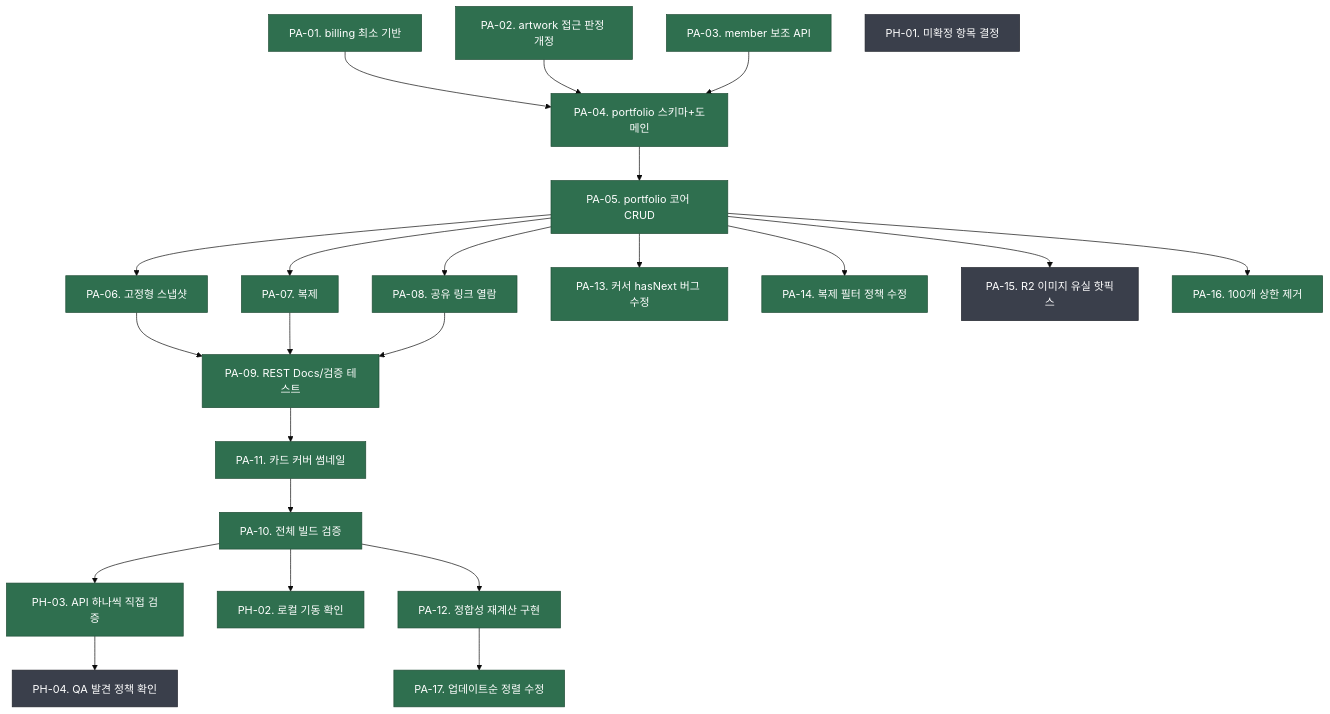
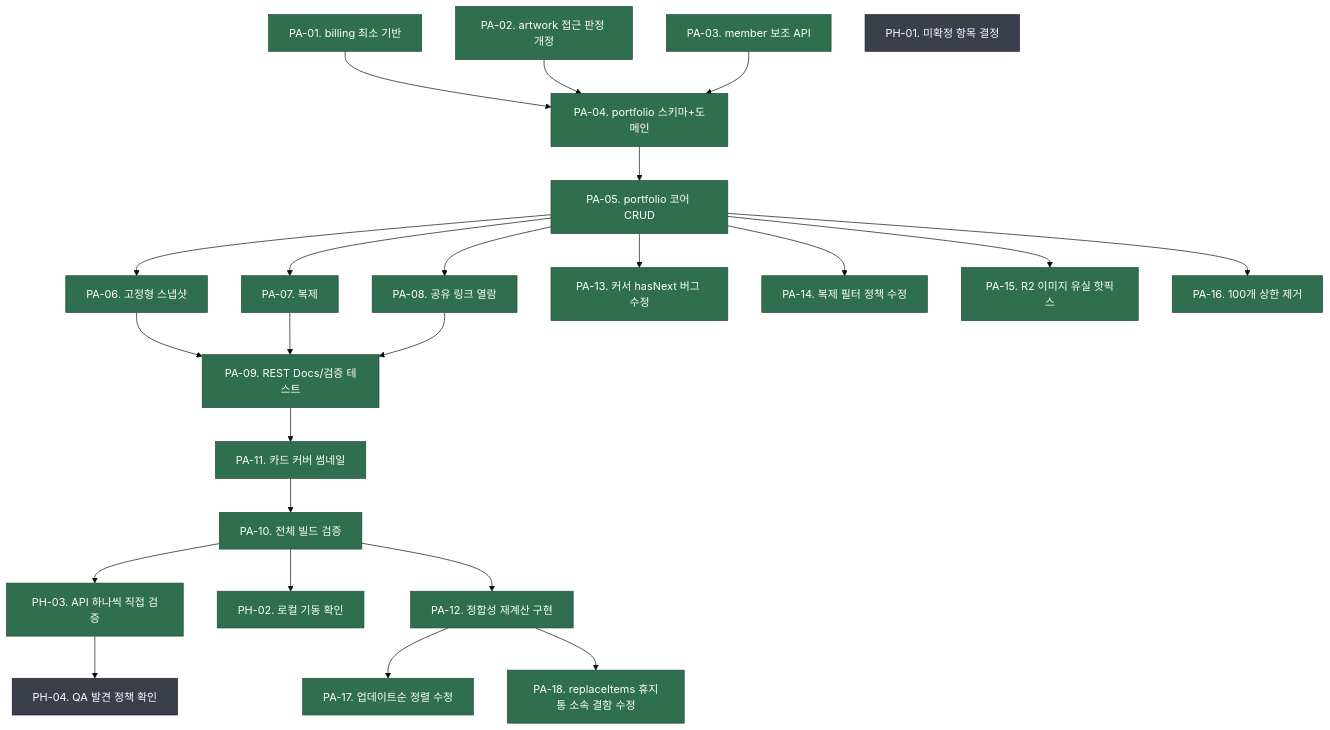
Before and after one commit to pack-in/at-crew-backend: the diagram in plans/260811-portfolio-module/PLAN.md, drawn with Mermaid (base theme). The commit also changed 7 other files, not shown here.

First line of the commit message:
fix(portfolio): replaceItems() 재작성 경로 3종 결함 수정

````diff
--- a/plans/260811-portfolio-module/PLAN.md
+++ b/plans/260811-portfolio-module/PLAN.md
@@ -1,54 +1,56 @@
 ```mermaid
 graph TD
     PA01["PA-01. billing 최소 기반"]
     PA02["PA-02. artwork 접근 판정 개정"]
     PA03["PA-03. member 보조 API"]
     PA04["PA-04. portfolio 스키마+도메인"]
     PA05["PA-05. portfolio 코어 CRUD"]
     PA06["PA-06. 고정형 스냅샷"]
     PA07["PA-07. 복제"]
     PA08["PA-08. 공유 링크 열람"]
     PA09["PA-09. REST Docs/검증 테스트"]
     PA11["PA-11. 카드 커버 썸네일"]
     PA10["PA-10. 전체 빌드 검증"]
     PA12["PA-12. 정합성 재계산 구현"]
     PA13["PA-13. 커서 hasNext 버그 수정"]
     PA14["PA-14. 복제 필터 정책 수정"]
     PA15["PA-15. R2 이미지 유실 핫픽스"]
     PA16["PA-16. 100개 상한 제거"]
     PA17["PA-17. 업데이트순 정렬 수정"]
+    PA18["PA-18. replaceItems 휴지통 소속 결함 수정"]
     PH01["PH-01. 미확정 항목 결정"]
     PH02["PH-02. 로컬 기동 확인"]
     PH03["PH-03. API 하나씩 직접 검증"]
     PH04["PH-04. QA 발견 정책 확인"]
 
     PA01 --> PA04
     PA02 --> PA04
     PA03 --> PA04
     PA04 --> PA05
     PA05 --> PA06
     PA05 --> PA07
     PA05 --> PA08
     PA06 --> PA09
     PA07 --> PA09
     PA08 --> PA09
     PA09 --> PA11
     PA11 --> PA10
     PA10 --> PH02
     PA10 --> PH03
     PA10 --> PA12
     PA05 --> PA13
     PA05 --> PA14
     PH03 --> PH04
     PA12 --> PA17
     PA05 --> PA15
     PA05 --> PA16
+    PA12 --> PA18
 
     classDef done fill:#2f6f4f,color:#fff,stroke:#1f4d36
     classDef inprogress fill:#8a6d1e,color:#fff,stroke:#5c4a14
     classDef pending fill:#3a3f4b,color:#fff,stroke:#20232b
     class PA01,PA02,PA03,PA04,PA05,PA06,PA07,PA08,PA09,PA11,PA10,PH02,PH03 done
-    class PA12,PA13,PA14,PA16,PA17 done
-    class PA15,PH04 pending
+    class PA12,PA13,PA14,PA15,PA16,PA17,PA18 done
+    class PH04 pending
     class PH01 pending
 ```
````
